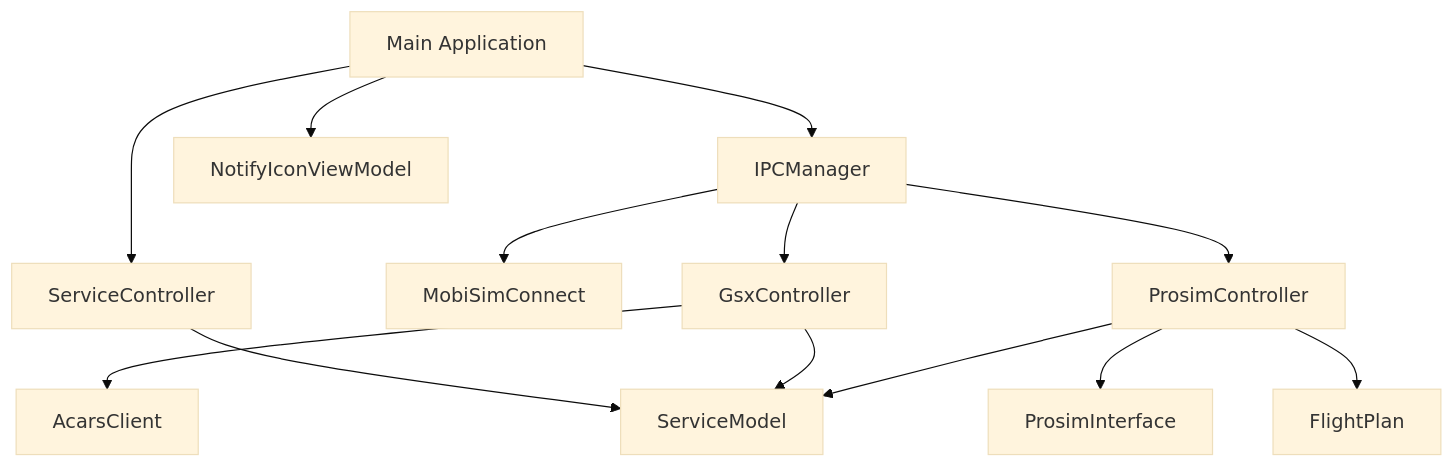
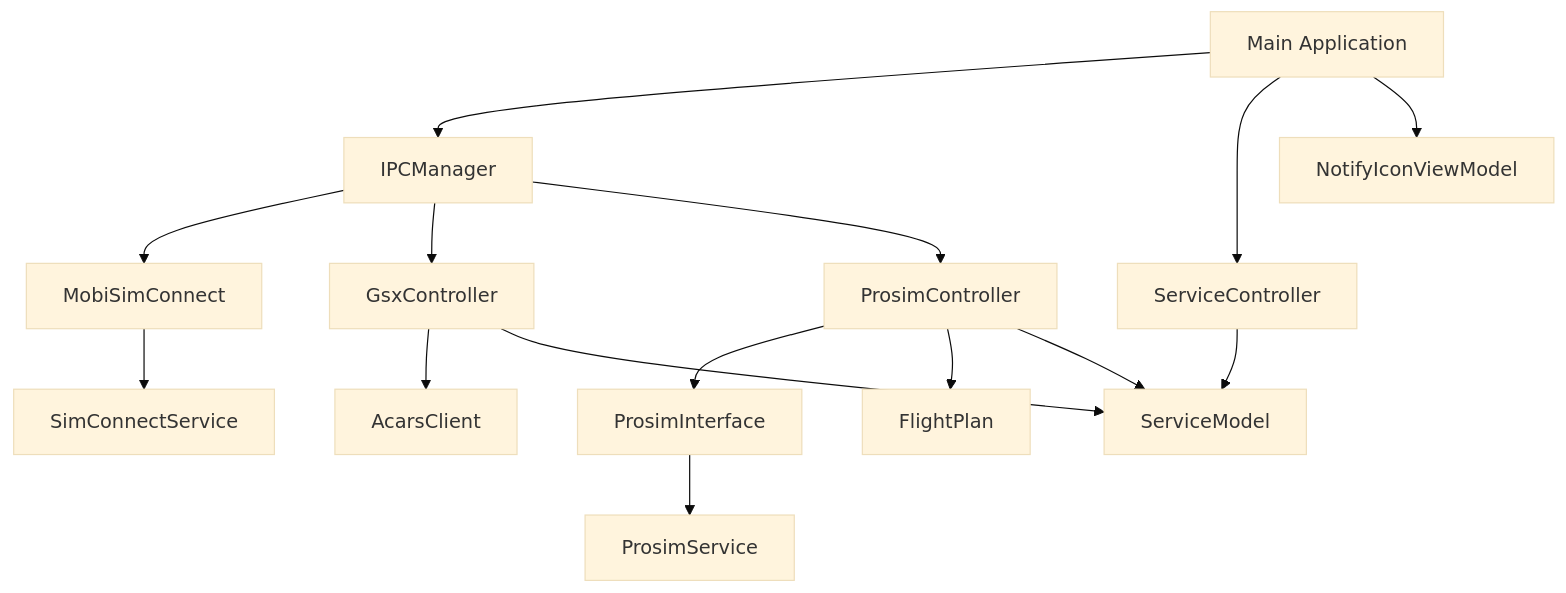
Before and after one commit to psyraxaus/Prosim2GSX: the first of 3 diagrams in memory-bank/systemPatterns.md, drawn with Mermaid (base theme). The commit also changed 9 other files, not shown here.

Commit message:
Phase 1.2 ProsimService Implementation Complete

````diff
--- a/memory-bank/systemPatterns.md
+++ b/memory-bank/systemPatterns.md
@@ -7,15 +7,17 @@
 ```mermaid
 graph TD
     A[Main Application] --> B[IPCManager]
     A --> C[ServiceController]
     A --> D[NotifyIconViewModel]
     B --> E[MobiSimConnect]
     B --> F[GsxController]
     B --> G[ProsimController]
     F --> H[AcarsClient]
     G --> I[ProsimInterface]
     G --> J[FlightPlan]
     C --> K[ServiceModel]
     F --> K
     G --> K
+    E --> L[SimConnectService]
+    I --> M[ProsimService]
 ```
````
